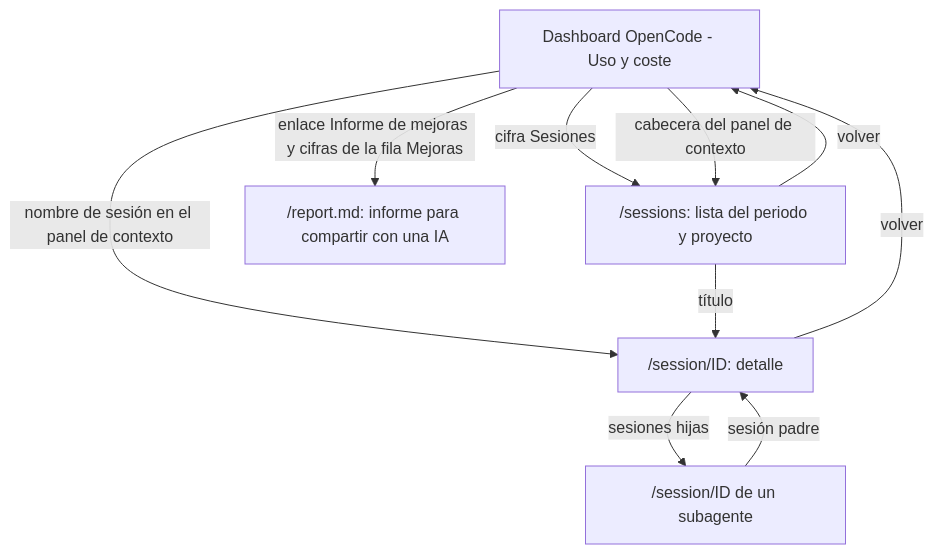
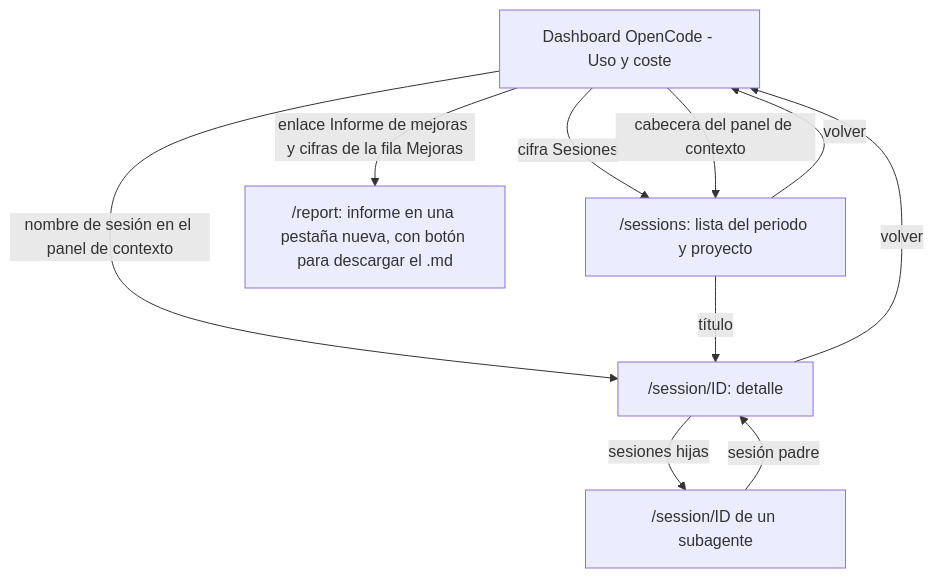
The diagram in Docs/Guía de los dashboards de OpenCode.md (oscarabal/opencode-metrics), drawn with Mermaid before and after one commit. The commit also changed other lines of this file and 6 other files, not shown here.

````diff
--- a/Docs/Guía de los dashboards de OpenCode.md
+++ b/Docs/Guía de los dashboards de OpenCode.md
@@ -11,13 +11,13 @@
 ```mermaid
 flowchart TD
     D[Dashboard OpenCode - Uso y coste]
     D -- "cifra Sesiones" --> L["/sessions: lista del periodo y proyecto"]
     D -- "cabecera del panel de contexto" --> L
     D -- "nombre de sesión en el panel de contexto" --> S["/session/ID: detalle"]
     L -- "título" --> S
     S -- "sesiones hijas" --> S2["/session/ID de un subagente"]
     S -- "volver" --> D
     S2 -- "sesión padre" --> S
     L -- "volver" --> D
-    D -- "enlace Informe de mejoras y cifras de la fila Mejoras" --> R["/report.md: informe para compartir con una IA"]
+    D -- "enlace Informe de mejoras y cifras de la fila Mejoras" --> R["/report: informe en una pestaña nueva, con botón para descargar el .md"]
 ```
````
